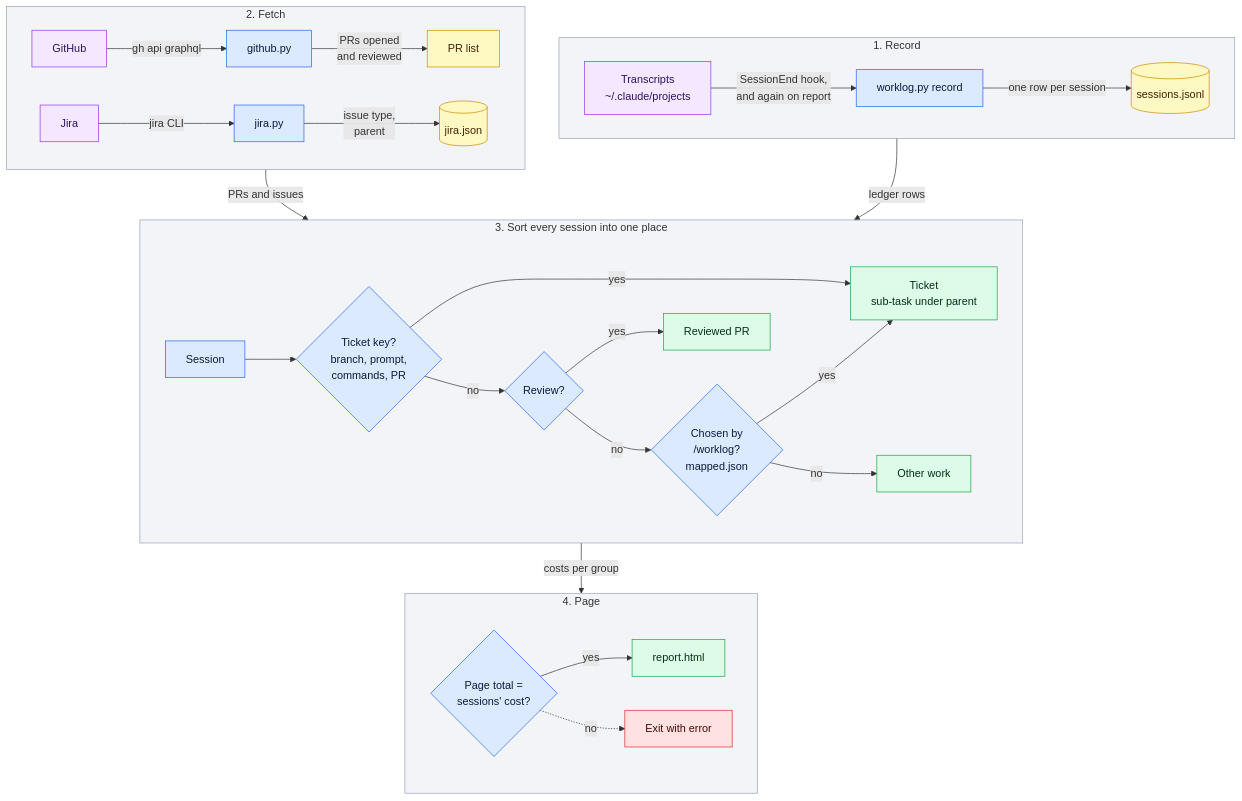
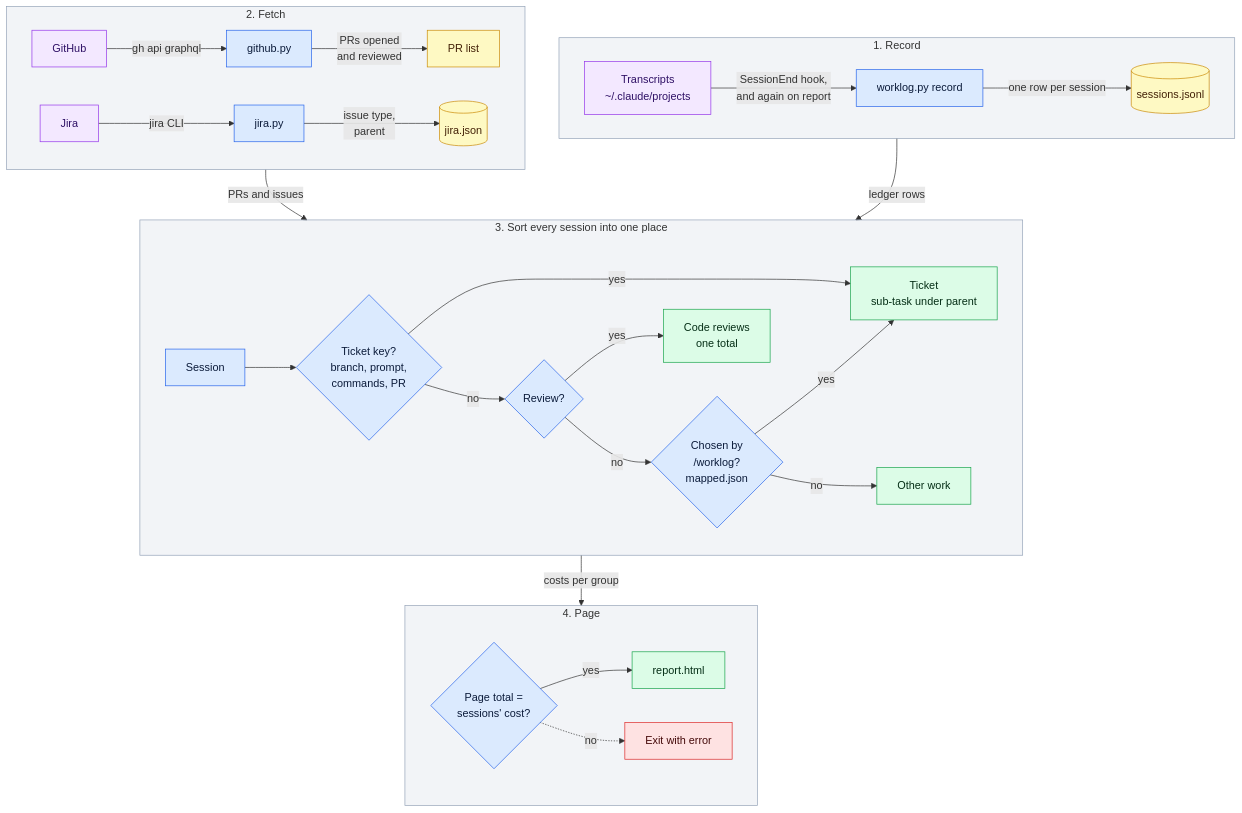
The diagram in skills/worklog/flow.mmd (araltiparmak/claude-harness), drawn with Mermaid before and after one commit. The commit also changed 1 other file, not shown here.

Commit message:
worklog: flow diagram shows code reviews as one total

```diff
--- a/skills/worklog/flow.mmd
+++ b/skills/worklog/flow.mmd
@@ -1,41 +1,41 @@
 %% How /worklog turns sessions, pull requests and Jira issues into one page. Render: diagrams/scripts/render.sh flow.mmd
 flowchart TB
   subgraph fetch [2. Fetch]
     direction LR
     gh[GitHub] -- gh api graphql --> ghp[github.py] -- PRs opened<br/>and reviewed --> prs[PR list]
     jc[Jira] -- jira CLI --> jp[jira.py] -- issue type,<br/>parent --> cache[(jira.json)]
   end
   subgraph rec [1. Record]
     direction LR
     tr[Transcripts<br/>~/.claude/projects] -- SessionEnd hook,<br/>and again on report --> rc[worklog.py record] -- one row per session --> led[(sessions.jsonl)]
   end
   subgraph sort [3. Sort every session into one place]
     direction LR
     s[Session] --> key{Ticket key?<br/>branch, prompt,<br/>commands, PR} -- yes --> tk[Ticket<br/>sub-task under parent]
-    key -- no --> rv{Review?} -- yes --> rpr[Reviewed PR]
+    key -- no --> rv{Review?} -- yes --> rpr[Code reviews<br/>one total]
     rv -- no --> mp{Chosen by<br/>/worklog?<br/>mapped.json} -- yes --> tk
     mp -- no --> oth[Other work]
   end
   subgraph out [4. Page]
     direction LR
     chk{Page total =<br/>sessions' cost?} -- yes --> page[report.html]
     chk -. no .-> stop[Exit with error]
   end
   fetch -- PRs and issues --> sort
   rec -- ledger rows --> sort
   sort -- costs per group --> out
 
   classDef step fill:#dbeafe,stroke:#2563eb,color:#0b1b3a
   classDef ext fill:#f3e8ff,stroke:#9333ea,color:#2e1065
   classDef data fill:#fef9c3,stroke:#ca8a04,color:#422006
   classDef fail fill:#fee2e2,stroke:#dc2626,color:#450a0a
   classDef done fill:#dcfce7,stroke:#16a34a,color:#052e16
   class rc,ghp,jp,s,key,rv,mp,chk step
   class tr,gh,jc ext
   class led,prs,cache data
   class stop fail
   class tk,rpr,oth,page done
   style rec fill:#94a3b81f,stroke:#94a3b8
   style fetch fill:#94a3b81f,stroke:#94a3b8
   style sort fill:#94a3b81f,stroke:#94a3b8
   style out fill:#94a3b81f,stroke:#94a3b8
```
